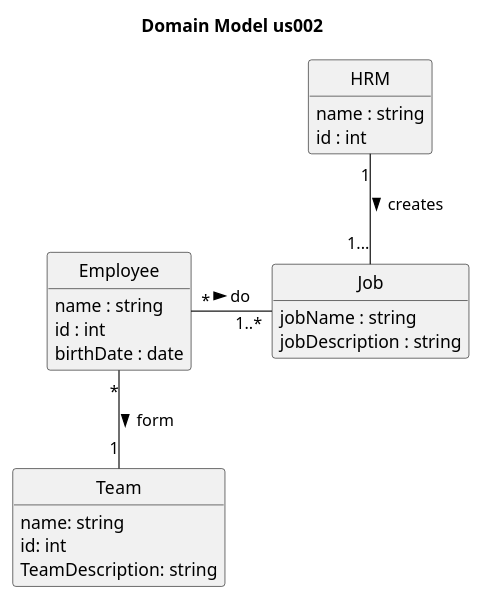
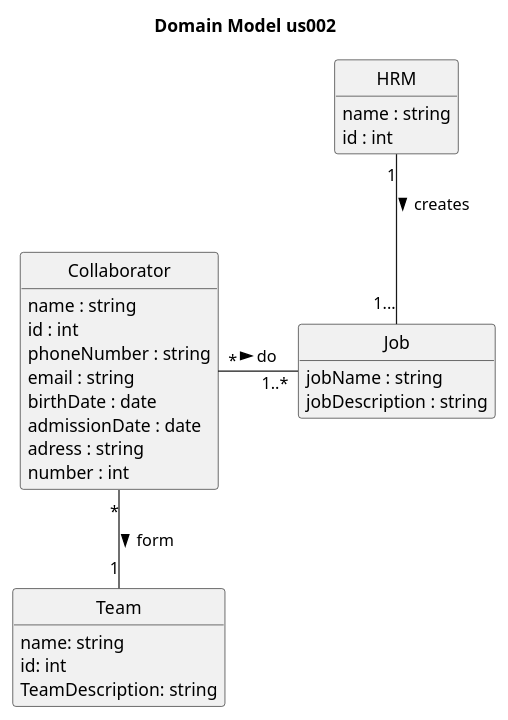
The diagram in docs/sprintA/us002/02.analysis/puml/project-domain-model.puml (Departamento-de-Engenharia-Informatica/lei-24-s2-1dm-g132), drawn with PlantUML before and after one commit.

Commit message:
Changes in the domain model of the us002

```diff
--- a/docs/sprintA/us002/02.analysis/puml/project-domain-model.puml
+++ b/docs/sprintA/us002/02.analysis/puml/project-domain-model.puml
@@ -1,51 +1,45 @@
 @startuml
 skinparam monochrome true
 skinparam packageStyle rectangle
 skinparam shadowing false
 'skinparam linetype ortho
 'left to right direction
 skinparam classAttributeIconSize 0
 hide circle
 hide methods
 
 title Domain Model us002
 
 
 
 class HRM {
     name : string
     id : int
 }
 
 class Job {
     jobName : string
     jobDescription : string
 
 }
-class Employee {
+class Collaborator {
     name : string
     id : int
+    phoneNumber : string
+    email : string
     birthDate : date
+    admissionDate : date
+    adress : string
+    number : int
     }
 
 class Team {
      name: string
      id: int
      TeamDescription: string
 }
-Employee "*" -- "1" Team : form >
+Collaborator "*" -- "1" Team : form >
 HRM "1" -- "1..." Job : creates >
-Employee "*" - "1..*" Job : do >
-'Organization "1" - "0..*" Task: owns >
-'Task "*" -- "1" Employee: created by >
-'Employee "1" -- "*" Task : creates >
-'Employee "0..1" -- "1" User: acts as >
-'Task "*" - "1" Category: cataloged as >
-'TechnicalSkill "*" - "1" ActivityArea: regarding an >
-
-'Category "*" - "*" TechnicalSkill :  : requires >
-'(Category, TechnicalSkill) . FeatureTS
-
-'Organization "1" -left "1" PostalAddress : located At >
+Collaborator "*" - "1..*" Job : do >
 
 @enduml
```
